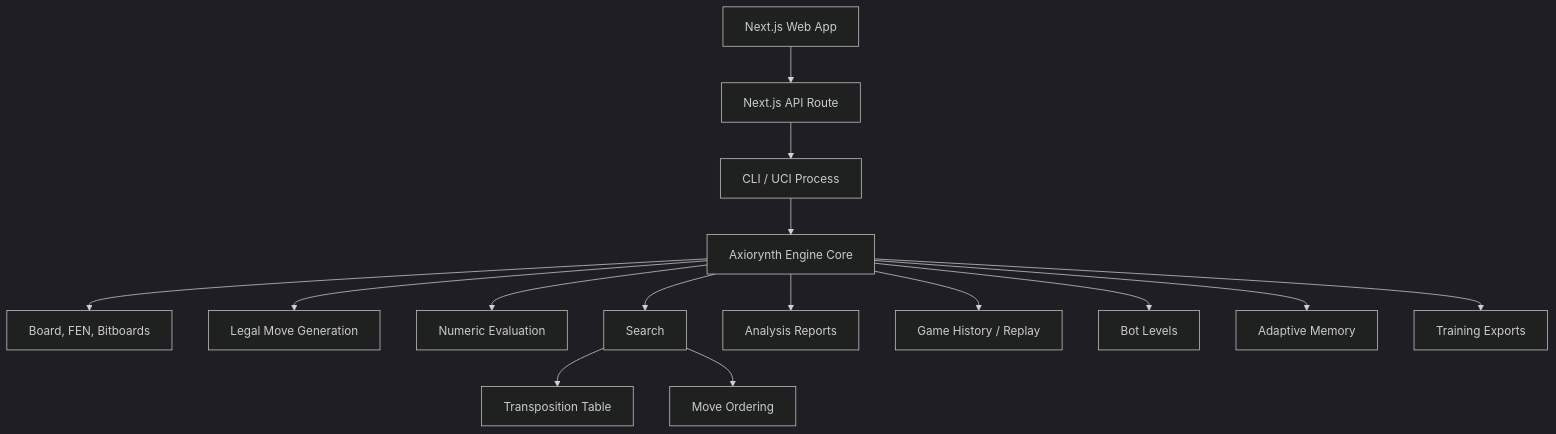
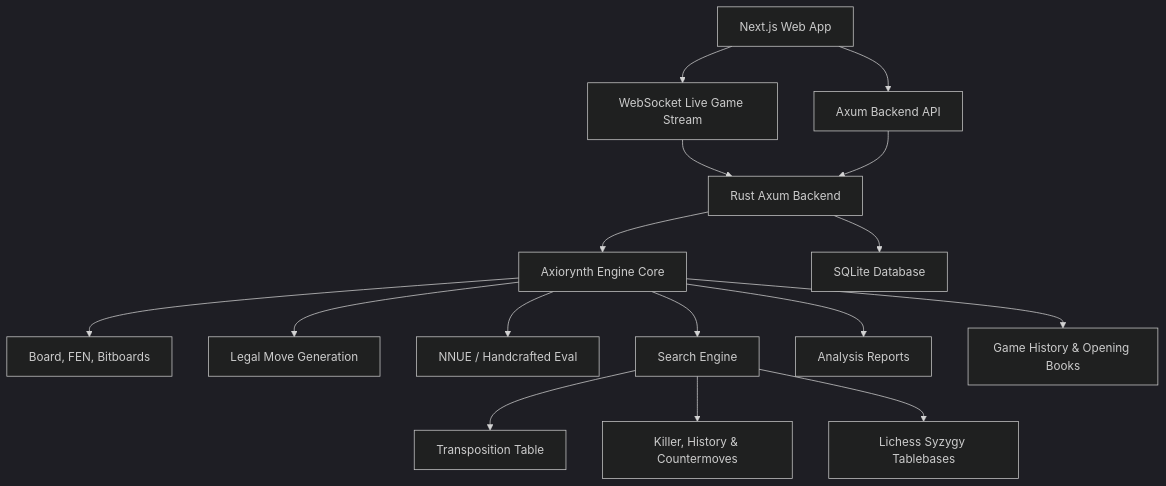
Before and after one commit to Eternalcodertanishq3/Axiorynth: the diagram in README.md, drawn with Mermaid (dark theme). The commit also changed other lines of this file and 51 other files, not shown here.

Commit message:
feat(ui/engine): luxury chess studio layout, zero-scroll responsive scaling, real-time WebSocket engine telemetry, accurate clocks, and game-over modals

````diff
--- a/README.md
+++ b/README.md
@@ -150,17 +106,18 @@
 ```mermaid
 flowchart TD
-    Web["Next.js Web App"] --> API["Next.js API Route"]
-    API --> CLI["Rust CLI Bridge"]
-    CLI["CLI / UCI Process"] --> Engine["Axiorynth Engine Core"]
+    Web["Next.js Web App"] --> WS["WebSocket Live Game Stream"]
+    Web --> API["Axum Backend API"]
+    WS --> Backend["Rust Axum Backend"]
+    API --> Backend
+    Backend --> Engine["Axiorynth Engine Core"]
+    Backend --> DB["SQLite Database"]
     Engine --> Board["Board, FEN, Bitboards"]
     Engine --> Movegen["Legal Move Generation"]
-    Engine --> Eval["Numeric Evaluation"]
-    Engine --> Search["Search"]
+    Engine --> Eval["NNUE / Handcrafted Eval"]
+    Engine --> Search["Search Engine"]
     Search --> TT["Transposition Table"]
-    Search --> Ordering["Move Ordering"]
+    Search --> Ordering["Killer, History & Countermoves"]
+    Search --> Tablebase["Lichess Syzygy Tablebases"]
     Engine --> Analysis["Analysis Reports"]
-    Engine --> Game["Game History / Replay"]
-    Engine --> Bot["Bot Levels"]
-    Engine --> Memory["Adaptive Memory"]
-    Engine --> Training["Training Exports"]
+    Engine --> Game["Game History & Opening Books"]
 ```
````
